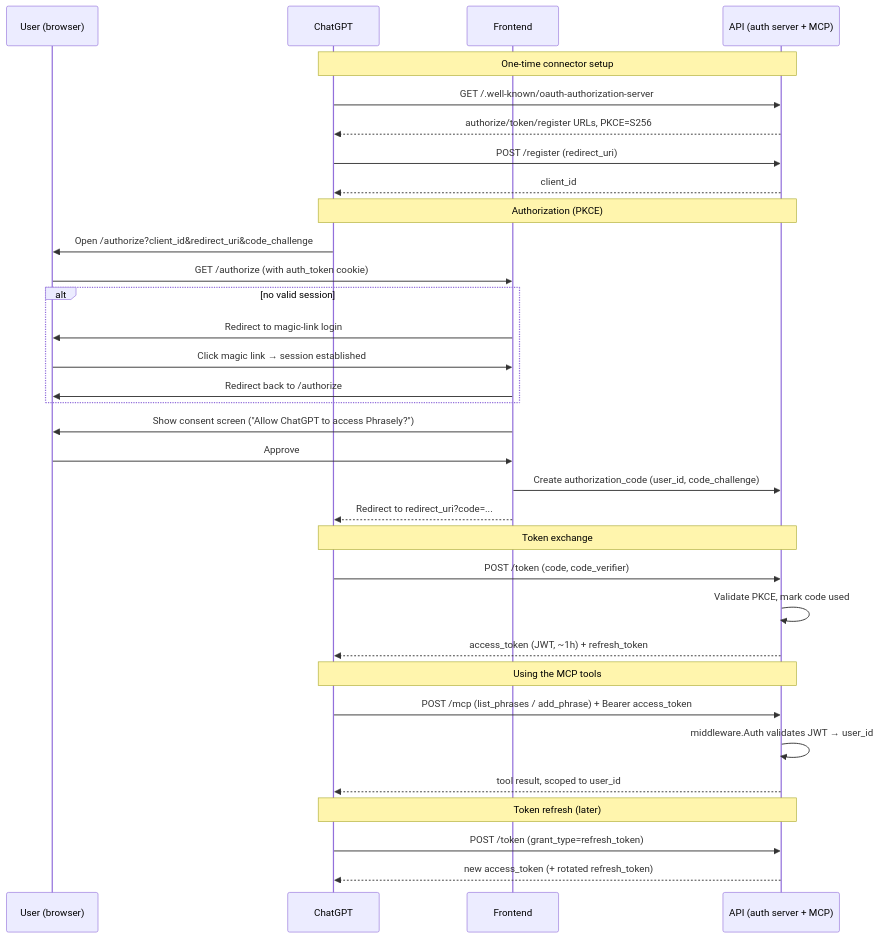
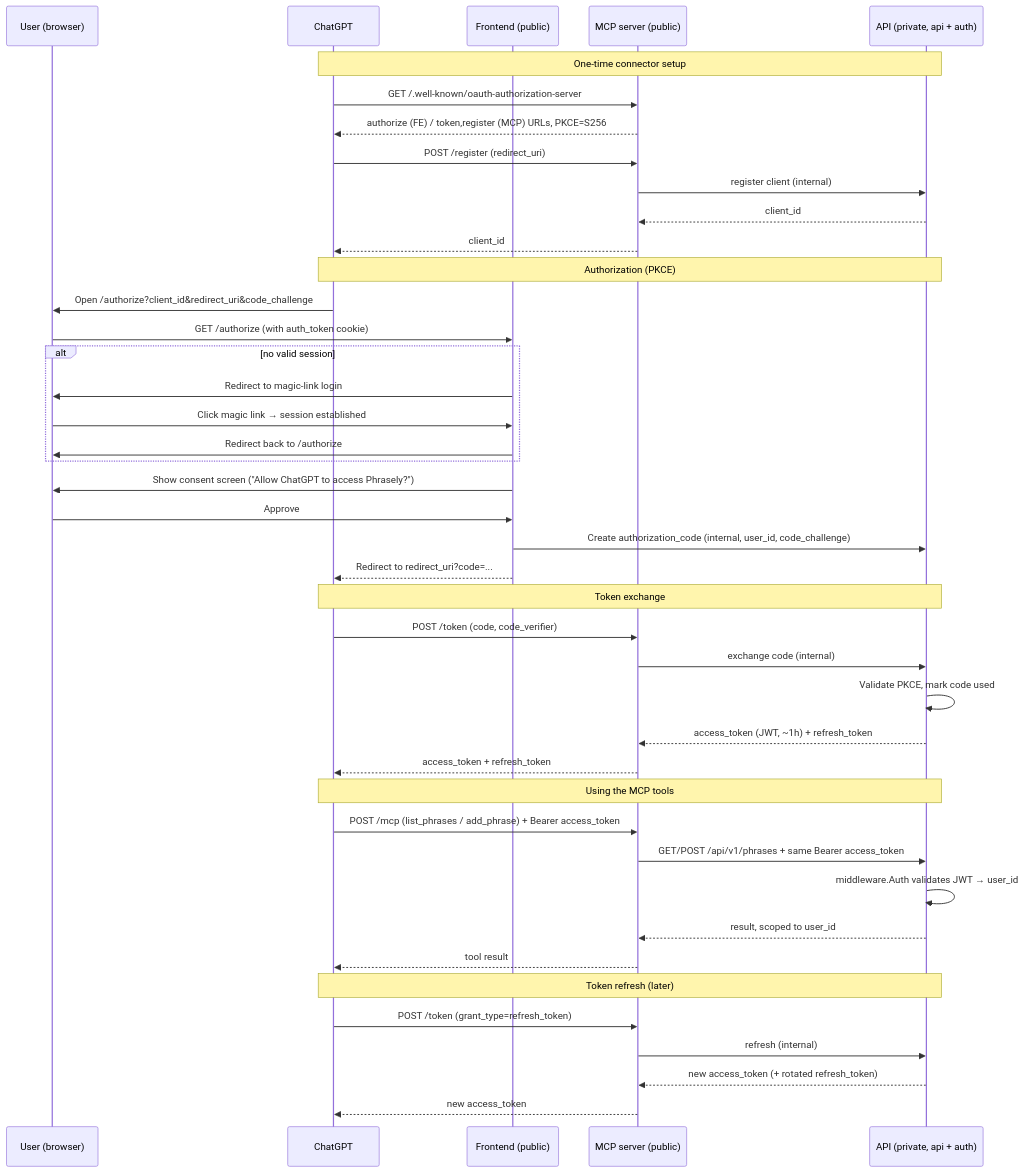
One commit to andreistefanciprian/phrasely changed the first of 2 diagrams in docs/mcp-server.md. Above: the diagram before and after it, drawn with Mermaid. The commit also changed other lines of this file, not shown here.

Commit message:
improve mcp docs

````diff
--- a/docs/mcp-server.md
+++ b/docs/mcp-server.md
@@ -66,40 +92,49 @@
 ```mermaid
 sequenceDiagram
     participant U as User (browser)
     participant C as ChatGPT
-    participant FE as Frontend
-    participant API as API (auth server + MCP)
+    participant FE as Frontend (public)
+    participant MCP as MCP server (public)
+    participant API as API (private, api + auth)
 
     Note over C,API: One-time connector setup
-    C->>API: GET /.well-known/oauth-authorization-server
-    API-->>C: authorize/token/register URLs, PKCE=S256
-    C->>API: POST /register (redirect_uri)
-    API-->>C: client_id
+    C->>MCP: GET /.well-known/oauth-authorization-server
+    MCP-->>C: authorize (FE) / token,register (MCP) URLs, PKCE=S256
+    C->>MCP: POST /register (redirect_uri)
+    MCP->>API: register client (internal)
+    API-->>MCP: client_id
+    MCP-->>C: client_id
 
     Note over C,API: Authorization (PKCE)
     C->>U: Open /authorize?client_id&redirect_uri&code_challenge
     U->>FE: GET /authorize (with auth_token cookie)
     alt no valid session
         FE->>U: Redirect to magic-link login
         U->>FE: Click magic link → session established
         FE->>U: Redirect back to /authorize
     end
     FE->>U: Show consent screen ("Allow ChatGPT to access Phrasely?")
     U->>FE: Approve
-    FE->>API: Create authorization_code (user_id, code_challenge)
+    FE->>API: Create authorization_code (internal, user_id, code_challenge)
     FE-->>C: Redirect to redirect_uri?code=...
 
     Note over C,API: Token exchange
-    C->>API: POST /token (code, code_verifier)
+    C->>MCP: POST /token (code, code_verifier)
+    MCP->>API: exchange code (internal)
     API->>API: Validate PKCE, mark code used
-    API-->>C: access_token (JWT, ~1h) + refresh_token
+    API-->>MCP: access_token (JWT, ~1h) + refresh_token
+    MCP-->>C: access_token + refresh_token
 
     Note over C,API: Using the MCP tools
-    C->>API: POST /mcp (list_phrases / add_phrase) + Bearer access_token
+    C->>MCP: POST /mcp (list_phrases / add_phrase) + Bearer access_token
+    MCP->>API: GET/POST /api/v1/phrases + same Bearer access_token
     API->>API: middleware.Auth validates JWT → user_id
-    API-->>C: tool result, scoped to user_id
+    API-->>MCP: result, scoped to user_id
+    MCP-->>C: tool result
 
     Note over C,API: Token refresh (later)
-    C->>API: POST /token (grant_type=refresh_token)
-    API-->>C: new access_token (+ rotated refresh_token)
+    C->>MCP: POST /token (grant_type=refresh_token)
+    MCP->>API: refresh (internal)
+    API-->>MCP: new access_token (+ rotated refresh_token)
+    MCP-->>C: new access_token
 ```
````
